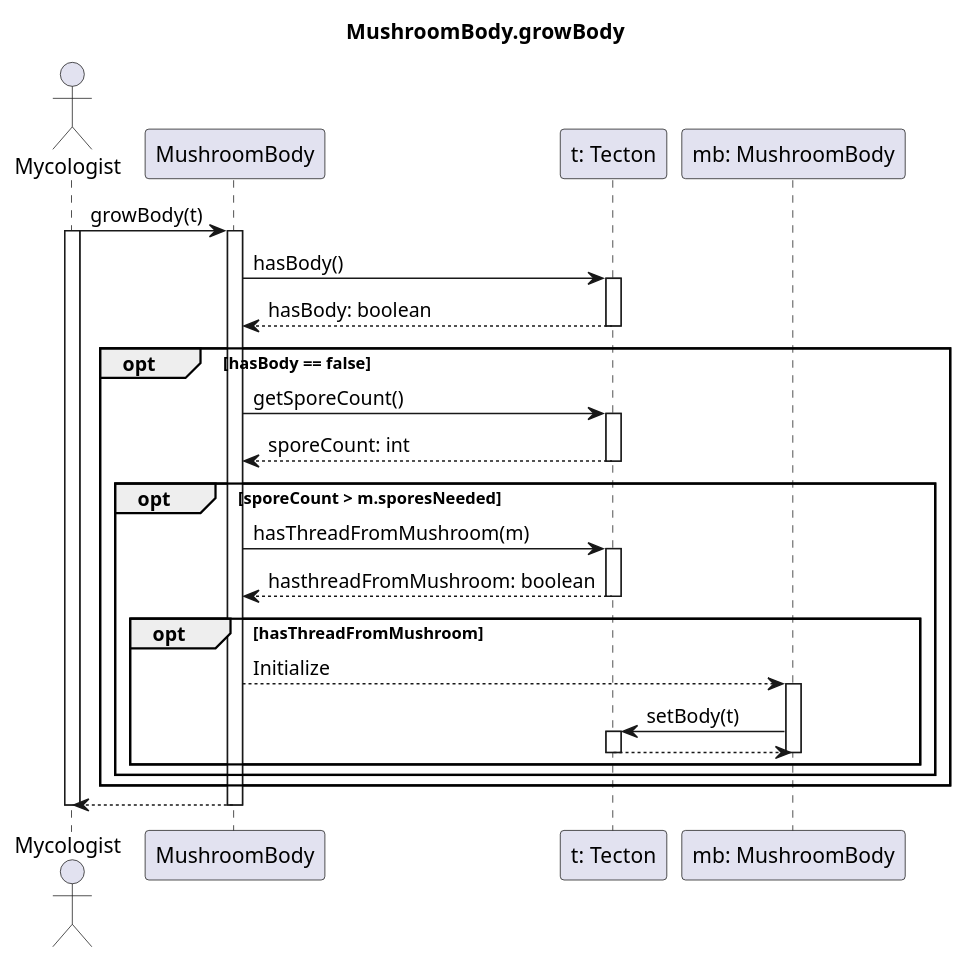
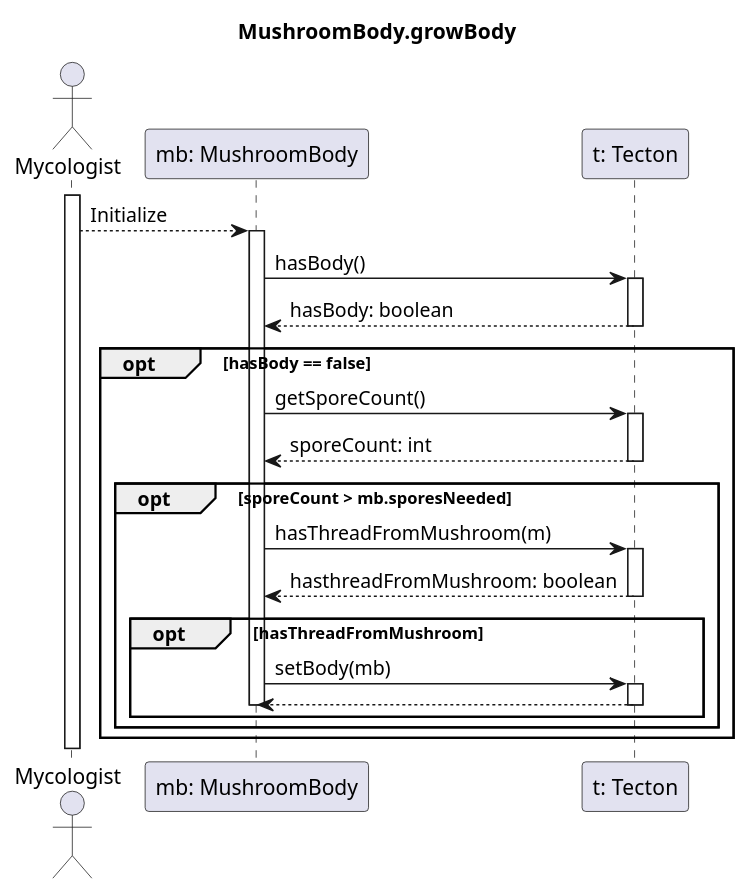
One commit to dzsem/projlab changed the diagram in diagrams/sequence/use_cases/growBody.wsd. Above: the diagram before and after it, drawn with PlantUML. The commit also changed other lines of this file and 10 other files, not shown here.

```diff
--- a/diagrams/sequence/use_cases/growBody.wsd
+++ b/diagrams/sequence/use_cases/growBody.wsd
@@ -1,46 +2,42 @@
 @startuml Grow Body
 title MushroomBody.growBody
 
 actor "Mycologist" as mycologist
-participant "MushroomBody" as m
+participant "mb: MushroomBody" as mb
 participant "t: Tecton" as t
-participant "mb: MushroomBody" as mb
 
-mycologist -> m: growBody(t)
 activate mycologist
-activate m
 
-m -> t: hasBody()
+mycologist --> mb: Initialize
+activate mb
+
+mb -> t: hasBody()
 activate t
-t --> m: hasBody: boolean
+t --> mb: hasBody: boolean
 deactivate t
 
     opt hasBody == false
-        m -> t: getSporeCount()
+        mb -> t: getSporeCount()
         activate t
-        t --> m: sporeCount: int
+        t --> mb: sporeCount: int
         deactivate t
         
-        opt sporeCount > m.sporesNeeded
-            m -> t: hasThreadFromMushroom(m)
+        opt sporeCount > mb.sporesNeeded
+            mb -> t: hasThreadFromMushroom(m)
             activate t
-            t --> m: hasthreadFromMushroom: boolean
+            t --> mb: hasthreadFromMushroom: boolean
             deactivate t
 
             opt hasThreadFromMushroom
-                m --> mb: Initialize
-                activate mb
-                mb -> t: setBody(t)
+                mb -> t: setBody(mb)
                 activate t
                 t --> mb
                 deactivate t
                 deactivate mb
             end
         end
     end
-mycologist <-- m
 
-deactivate m
 deactivate mycologist
 
 @enduml
```
